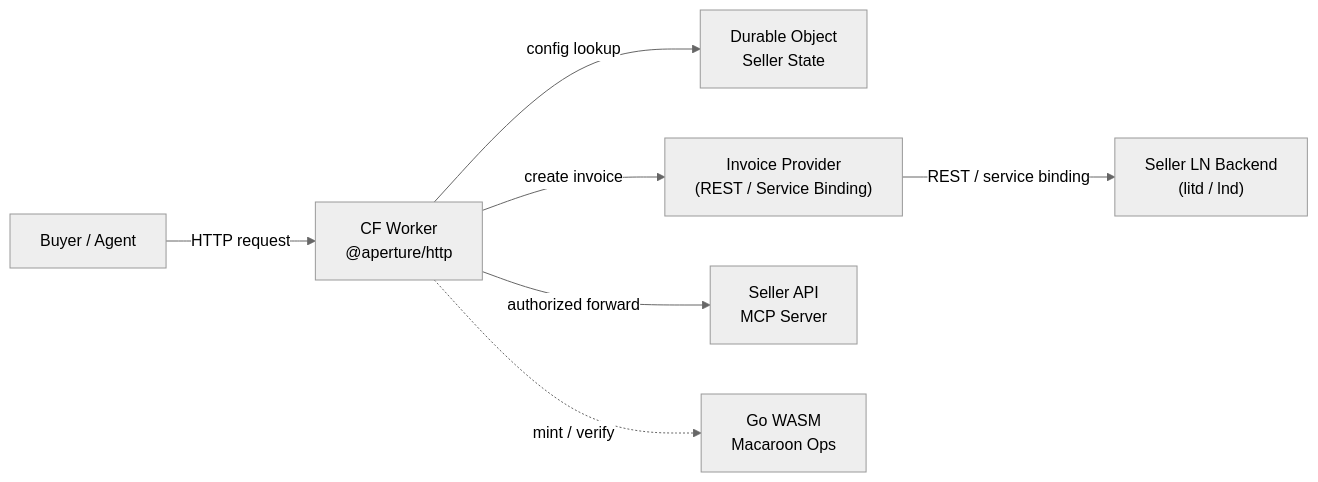
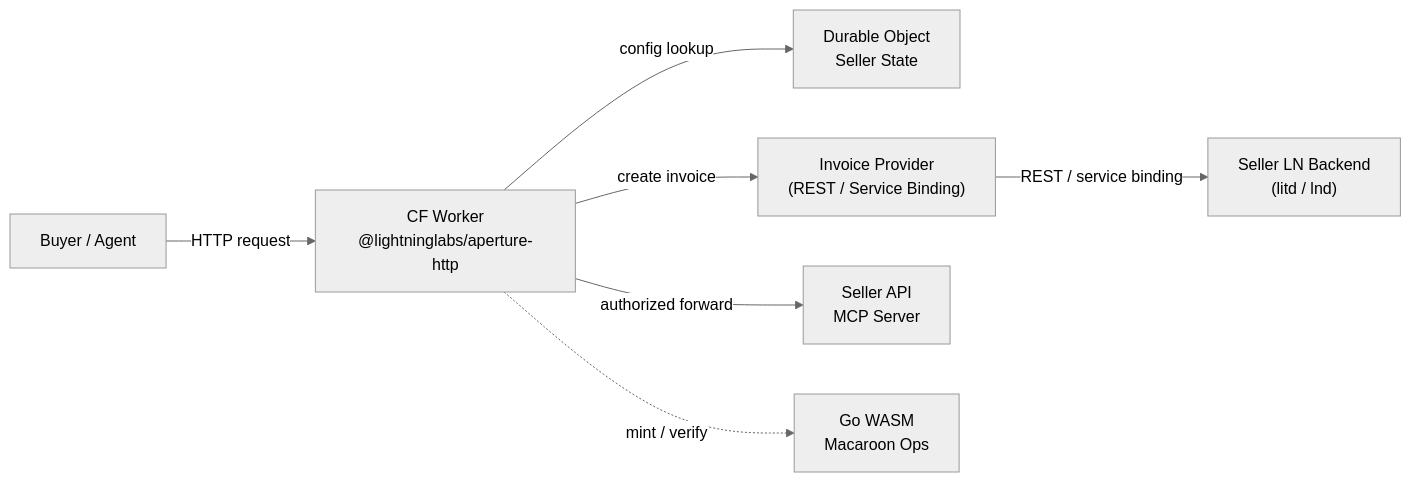
The first of 3 diagrams in README.md (lightninglabs/aperture-ts), drawn with Mermaid (neutral theme) before and after one commit. The commit also changed other lines of this file and 58 other files, not shown here.

````diff
--- a/README.md
+++ b/README.md
@@ -21,17 +21,17 @@
 ```mermaid
 flowchart LR
     Client["Buyer / Agent"]
-    Edge["CF Worker<br/>@aperture/http"]
+    Edge["CF Worker<br/>@lightninglabs/aperture-http"]
     DO["Durable Object<br/>Seller State"]
     INV["Invoice Provider<br/>(REST / Service Binding)"]
     LN["Seller LN Backend<br/>(litd / lnd)"]
     Origin["Seller API<br/>MCP Server"]
     WASM["Go WASM<br/>Macaroon Ops"]
 
     Client -->|"HTTP request"| Edge
     Edge -->|"config lookup"| DO
     Edge -->|"create invoice"| INV
     INV -->|"REST / service binding"| LN
     Edge -->|"authorized forward"| Origin
     Edge -.->|"mint / verify"| WASM
 ```
````
